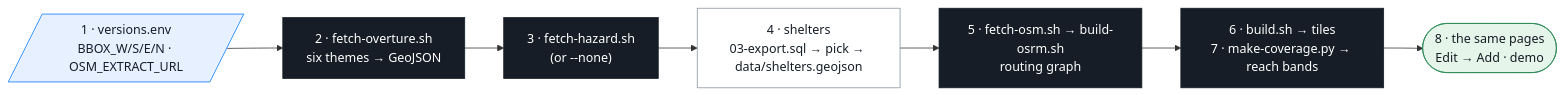
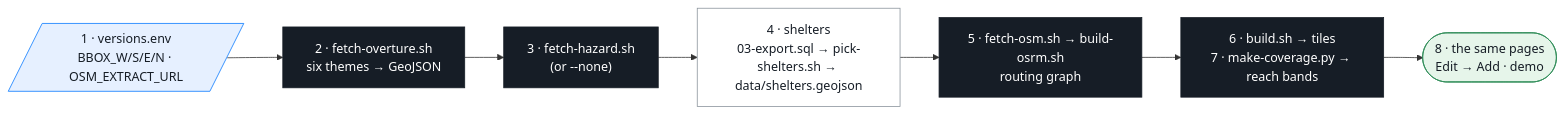
One commit to vishal4c/routes-to-safety-workshop changed the sixth of 6 diagrams in README.md. Above: the diagram before and after it, drawn with Mermaid. The commit also changed other lines of this file and 6 other files, not shown here.

````diff
--- a/README.md
+++ b/README.md
@@ -621,16 +621,16 @@
 ```mermaid
 flowchart LR
   classDef file fill:#E6F0FF,stroke:#0678FF,color:#161D26
   classDef tool fill:#161D26,stroke:#161D26,color:#FFFFFF
   classDef step fill:#FFFFFF,stroke:#8A939B,color:#161D26
   classDef chk  fill:#E6F5EA,stroke:#2E8B57,color:#161D26
 
   VE[/"1 · versions.env<br/>BBOX_W/S/E/N · OSM_EXTRACT_URL"/]:::file
   OV["2 · fetch-overture.sh<br/>six themes → GeoJSON"]:::tool
   HZ["3 · fetch-hazard.sh<br/>(or --none)"]:::tool
-  SH["4 · shelters<br/>03-export.sql → pick → data/shelters.geojson"]:::step
+  SH["4 · shelters<br/>03-export.sql → pick-shelters.sh → data/shelters.geojson"]:::step
   RG["5 · fetch-osm.sh → build-osrm.sh<br/>routing graph"]:::tool
   TL["6 · build.sh → tiles<br/>7 · make-coverage.py → reach bands"]:::tool
   AP(["8 · the same pages<br/>Edit → Add · demo"]):::chk
   VE --> OV --> HZ --> SH --> RG --> TL --> AP
 ```
````
